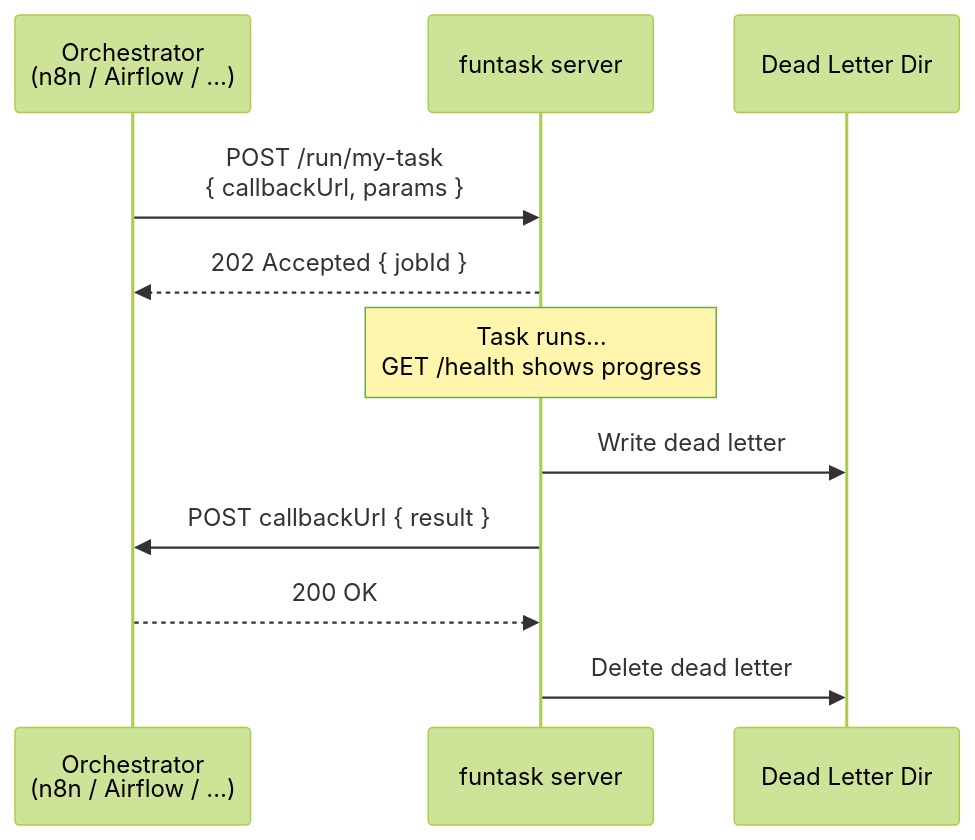
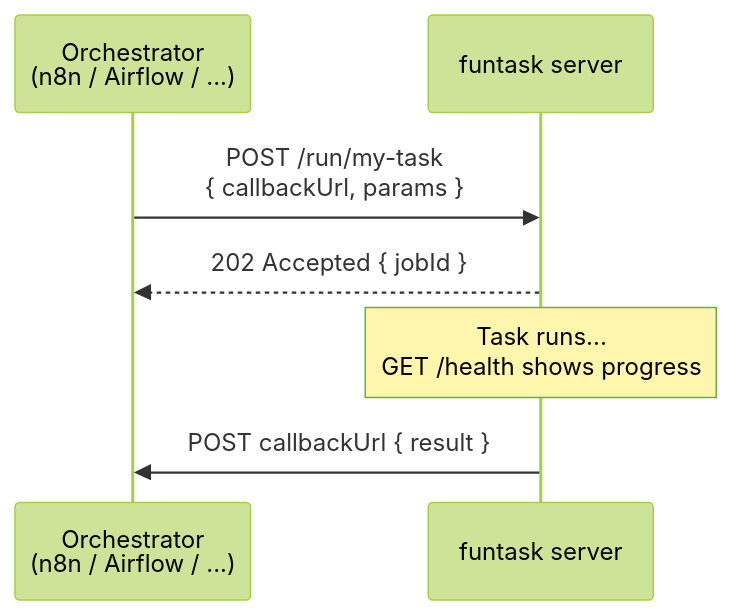
One commit to funktionslust/funtask changed the diagram in README.md. Above: the diagram before and after it, drawn with Mermaid (forest theme). The commit also changed other lines of this file and 17 other files, not shown here.

````diff
--- a/README.md
+++ b/README.md
@@ -15,14 +15,10 @@
 ```mermaid
 sequenceDiagram
-    participant O as Orchestrator<br>(n8n / Airflow / …)
+    participant O as Orchestrator<br>(n8n / Airflow / ...)
     participant F as funtask server
-    participant D as Dead Letter Dir
 
     O->>F: POST /run/my-task<br>{ callbackUrl, params }
     F-->>O: 202 Accepted { jobId }
-    Note over F: Task runs…<br>GET /health shows progress
-    F->>D: Write dead letter
+    Note over F: Task runs...<br>GET /health shows progress
     F->>O: POST callbackUrl { result }
-    O-->>F: 200 OK
-    F->>D: Delete dead letter
 ```
````
